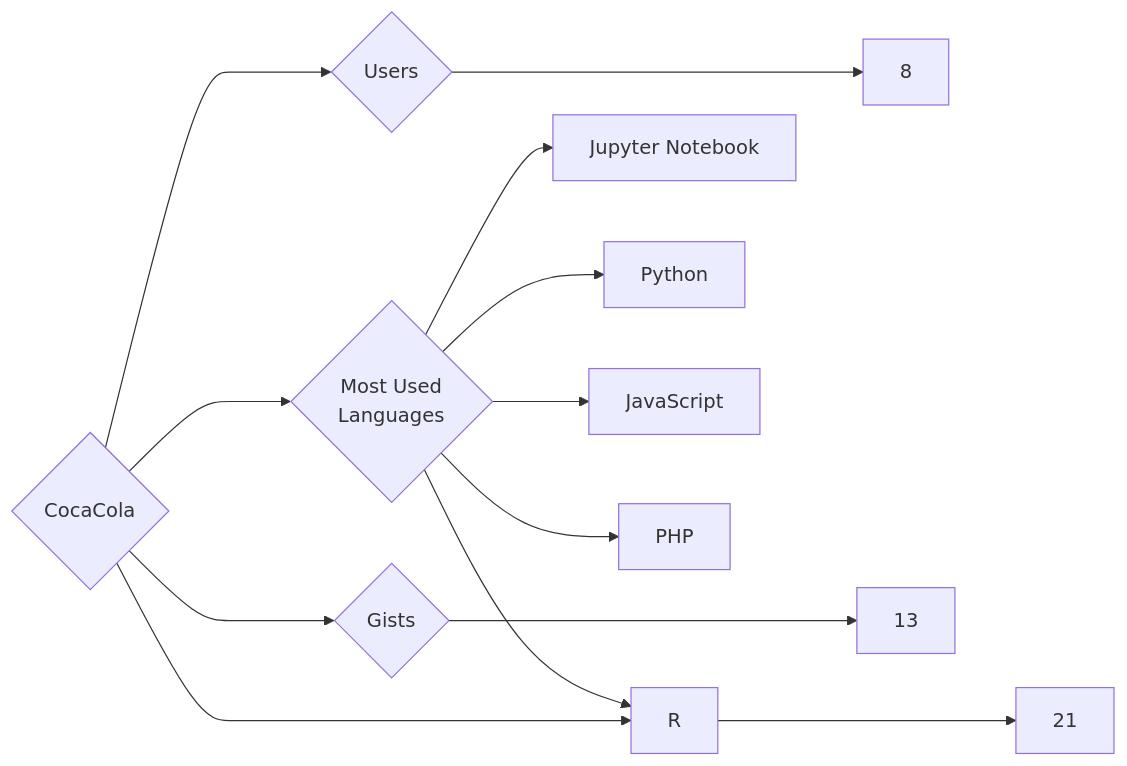
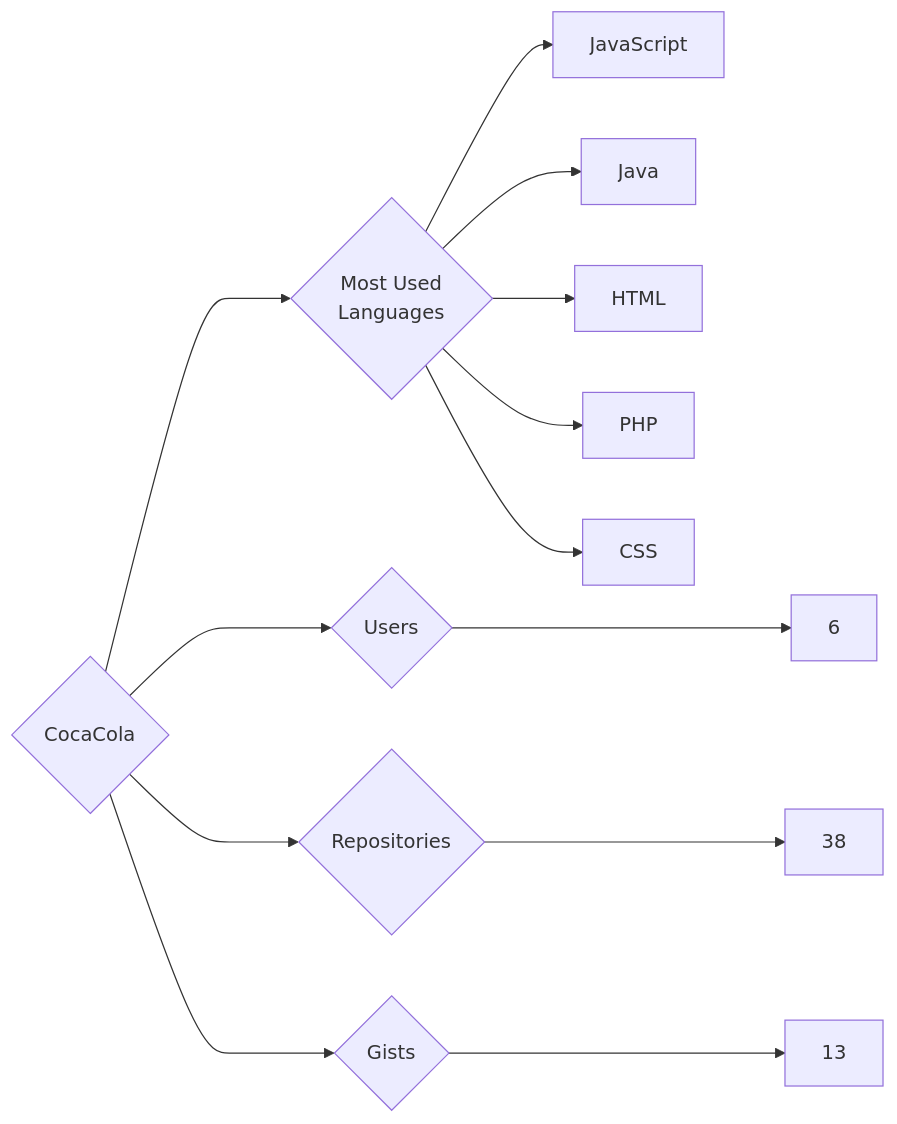
The diagram in targets/CocaCola/README.md (trickest/insiders), drawn with Mermaid before and after one commit. The commit also changed 736 other files, not shown here.

````diff
--- a/targets/CocaCola/README.md
+++ b/targets/CocaCola/README.md
@@ -3,13 +3,13 @@
 ```mermaid
 graph LR
 COMPANY_NAME{CocaCola}
-COMPANY_NAME ---> U{Users} ---> UN[8]
-COMPANY_NAME ---> R{Repositories} ---> RN[21]
+COMPANY_NAME ---> U{Users} ---> UN[6]
+COMPANY_NAME ---> R{Repositories} ---> RN[38]
 COMPANY_NAME ---> G{Gists} ---> GN[13]
 COMPANY_NAME ---> ML{Most Used<br>Languages}
-ML --> Jupyter_Notebook[Jupyter Notebook]
-ML --> Python[Python]
 ML --> JavaScript[JavaScript]
-ML --> R[R]
+ML --> Java[Java]
+ML --> HTML[HTML]
 ML --> PHP[PHP]
+ML --> CSS[CSS]
 ```
````
